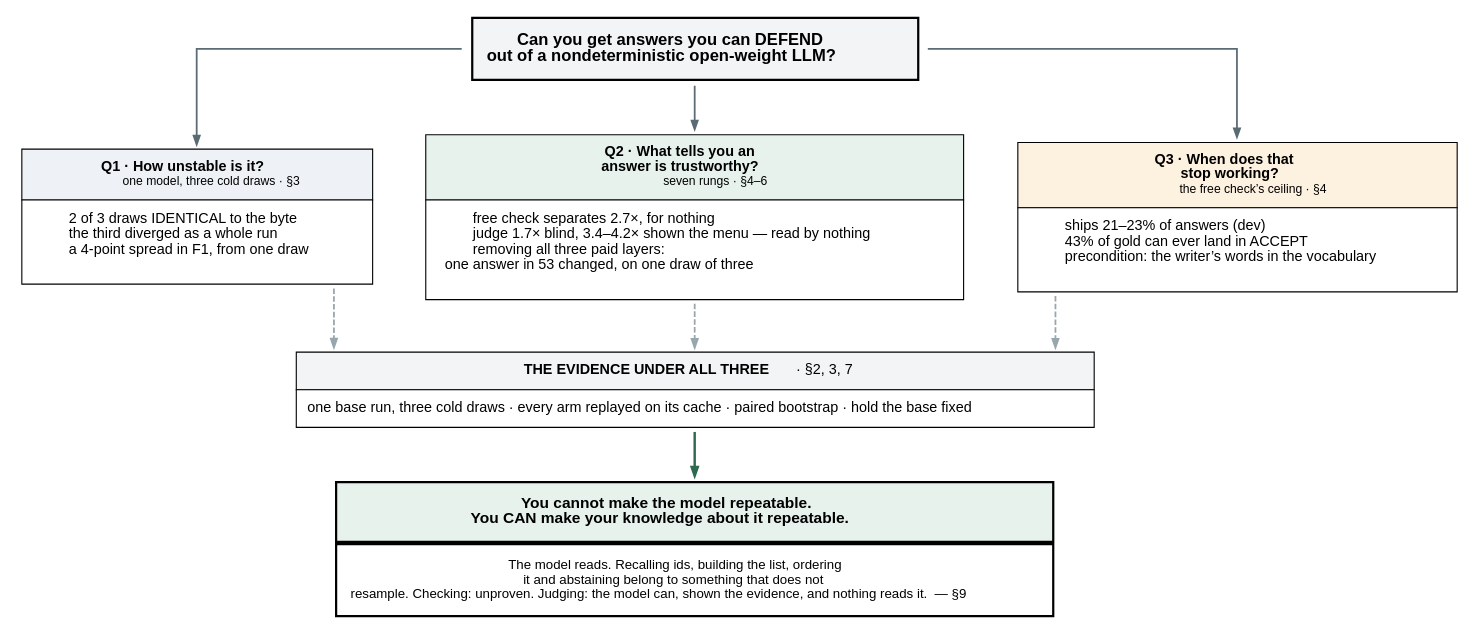
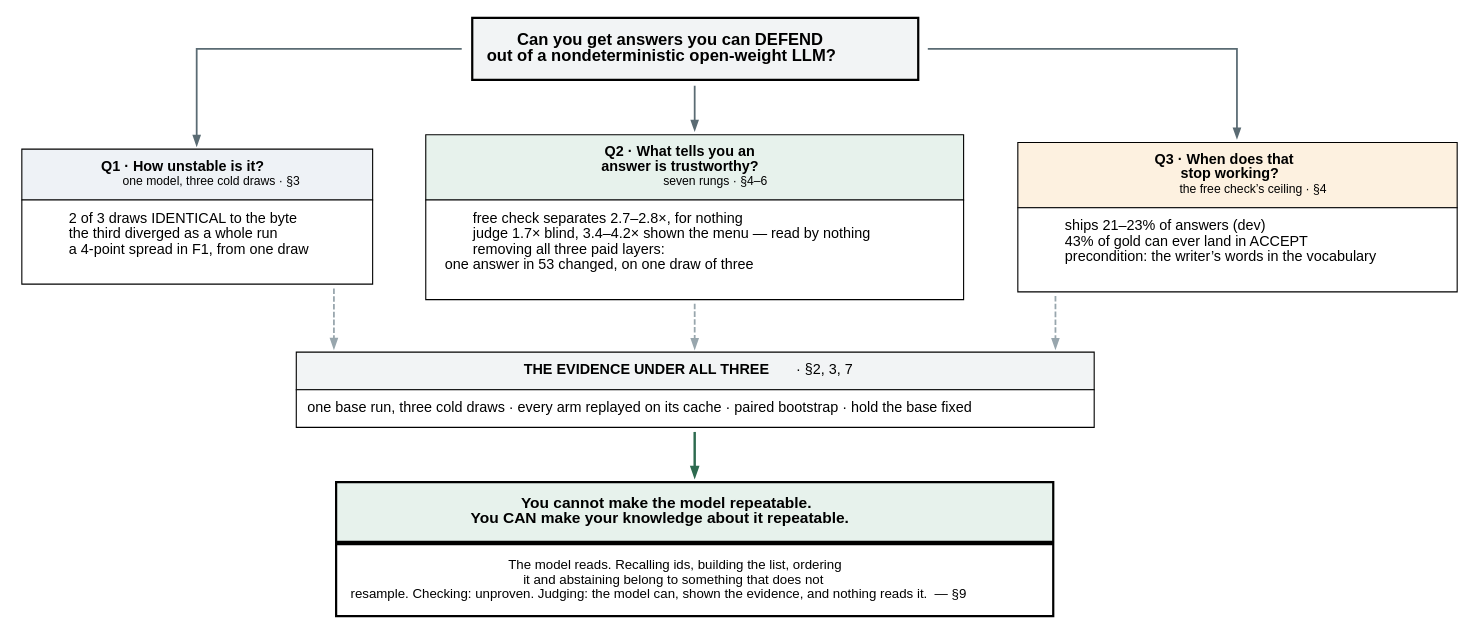
One commit to wbagais/reliability-ladder changed the diagram in docs/figures/fig6-spine-cadec.dot. Above: the diagram before and after it, drawn with Graphviz. The commit also changed 7 other files, not shown here.

```diff
--- a/docs/figures/fig6-spine-cadec.dot
+++ b/docs/figures/fig6-spine-cadec.dot
@@ -1,61 +1,61 @@
 // The article's spine: one question, three sub-questions, one answer each.
 // SECTION POINTERS WERE RE-CHECKED 2026-09-03 after the restructure that merged
 // four sections and renumbered the rest. If sections move again, they move here
 // too — this is the article's navigation aid and a stale pointer sends a reader
 // to the wrong evidence.
 // Colour carries the verdict, not the topic: green = the thing that worked,
 // red = the thing that did not, amber = the boundary condition.
 digraph spine {
   rankdir=TB; bgcolor="white"; splines=ortho;
   node [shape=none fontname="Helvetica" fontsize=13];
   graph [nodesep=0.45 ranksep=0.55];
 
   q [label=<<TABLE BORDER="0" CELLBORDER="2" CELLSPACING="0" CELLPADDING="12">
       <TR><TD BGCOLOR="#f2f4f5"><B><FONT POINT-SIZE="15">Can you get answers you can DEFEND<BR/>out of a nondeterministic open-weight LLM?</FONT></B></TD></TR>
       </TABLE>>];
 
   q1 [label=<<TABLE BORDER="0" CELLBORDER="1" CELLSPACING="0" CELLPADDING="9">
       <TR><TD BGCOLOR="#eef2f6"><B>Q1 &#183; How unstable is it?</B><BR/>
           <FONT POINT-SIZE="11">one model, three cold draws &#183; &#167;3</FONT></TD></TR>
       <TR><TD BGCOLOR="#ffffff" ALIGN="LEFT">
           2 of 3 draws IDENTICAL to the byte<BR ALIGN="LEFT"/>
           the third diverged as a whole run<BR ALIGN="LEFT"/>
           a 4&#8209;point spread in F1, from one draw<BR ALIGN="LEFT"/>
           </TD></TR></TABLE>>];
 
   q2 [label=<<TABLE BORDER="0" CELLBORDER="1" CELLSPACING="0" CELLPADDING="9">
       <TR><TD BGCOLOR="#e7f2ec"><B>Q2 &#183; What tells you an<BR/>answer is trustworthy?</B><BR/>
           <FONT POINT-SIZE="11">seven rungs &#183; &#167;4&#8211;6</FONT></TD></TR>
       <TR><TD BGCOLOR="#ffffff" ALIGN="LEFT">
-          free check separates 2.7&#215;, for nothing<BR ALIGN="LEFT"/>
+          free check separates 2.7&#8211;2.8&#215;, for nothing<BR ALIGN="LEFT"/>
           judge 1.7&#215; blind, 3.4&#8211;4.2&#215; shown the menu &#8212; read by nothing<BR ALIGN="LEFT"/>
           removing all three paid layers:<BR ALIGN="LEFT"/>&#160;&#160;one answer in 53 changed, on one draw of three<BR ALIGN="LEFT"/>
           </TD></TR></TABLE>>];
 
   q3 [label=<<TABLE BORDER="0" CELLBORDER="1" CELLSPACING="0" CELLPADDING="9">
       <TR><TD BGCOLOR="#fdf1e0"><B>Q3 &#183; When does that<BR/>stop working?</B><BR/>
           <FONT POINT-SIZE="11">the free check&#8217;s ceiling &#183; &#167;4</FONT></TD></TR>
       <TR><TD BGCOLOR="#ffffff" ALIGN="LEFT">
           ships 21&#8211;23% of answers (dev)<BR ALIGN="LEFT"/>
           43% of gold can ever land in ACCEPT<BR ALIGN="LEFT"/>
           precondition: the writer&#8217;s words in the vocabulary<BR ALIGN="LEFT"/>
           </TD></TR></TABLE>>];
 
   ev [label=<<TABLE BORDER="0" CELLBORDER="1" CELLSPACING="0" CELLPADDING="9">
       <TR><TD BGCOLOR="#f2f4f5"><B>THE EVIDENCE UNDER ALL THREE</B> &#183; &#167;2, 3, 7</TD></TR>
       <TR><TD BGCOLOR="#ffffff">one base run, three cold draws &#183; every arm replayed on its cache &#183; paired bootstrap &#183; hold the base fixed</TD></TR></TABLE>>];
 
   out [label=<<TABLE BORDER="0" CELLBORDER="2" CELLSPACING="0" CELLPADDING="12">
       <TR><TD BGCOLOR="#e7f2ec"><B><FONT POINT-SIZE="14">You cannot make the model repeatable.<BR/>You CAN make your knowledge about it repeatable.</FONT></B></TD></TR>
       <TR><TD BGCOLOR="#ffffff"><FONT POINT-SIZE="12">The model reads. Recalling ids, building the list, ordering<BR/>it and abstaining belong to something that does not<BR/>resample. Checking: unproven. Judging: the model can, shown the evidence, and nothing reads it. &#160;&#8212;&#160;&#167;9</FONT></TD></TR>
       </TABLE>>];
 
   edge [color="#5a6b73" penwidth=1.6 arrowsize=0.8];
   q -> q1; q -> q2; q -> q3;
   q1 -> ev [style=dashed color="#98a6ad"];
   q2 -> ev [style=dashed color="#98a6ad"];
   q3 -> ev [style=dashed color="#98a6ad"];
   ev -> out [penwidth=2.2 color="#2d6a4f"];
 
   {rank=same; q1; q2; q3;}
 }
```
